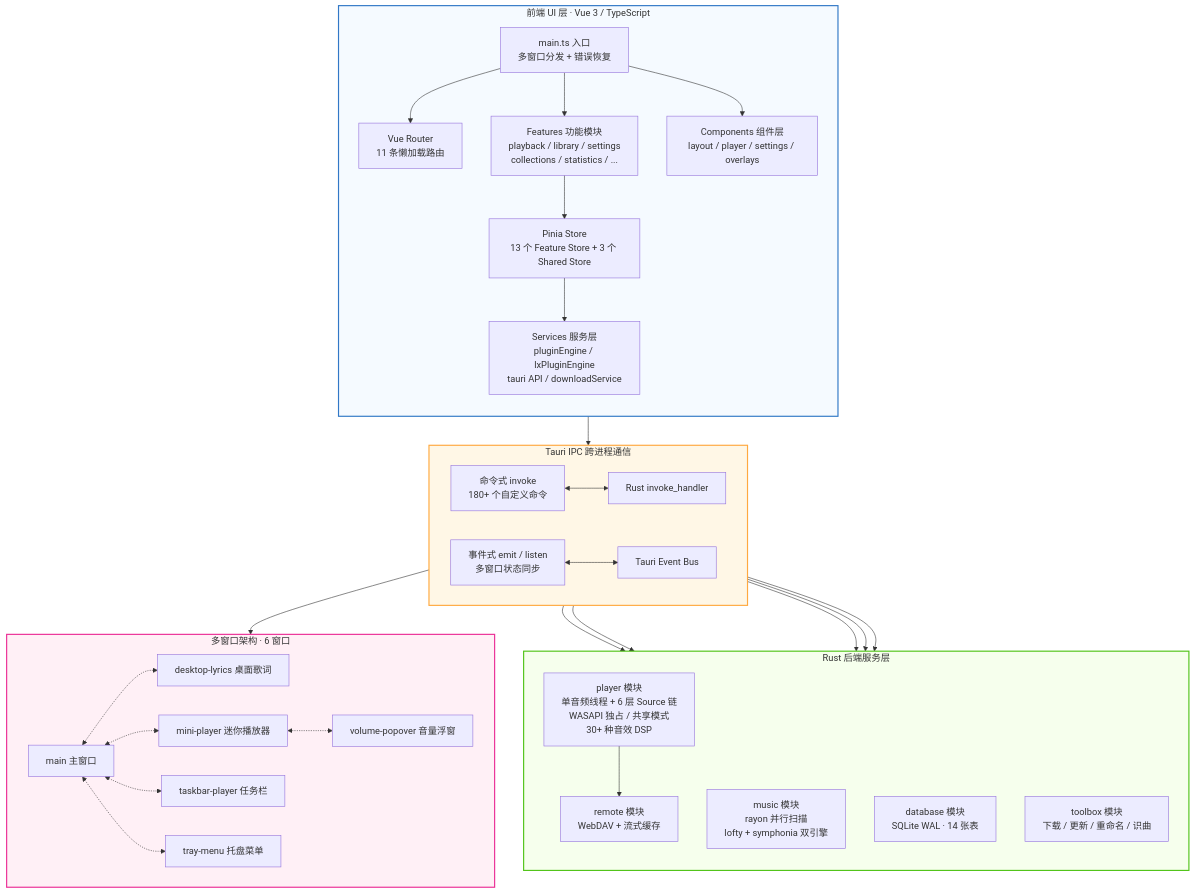
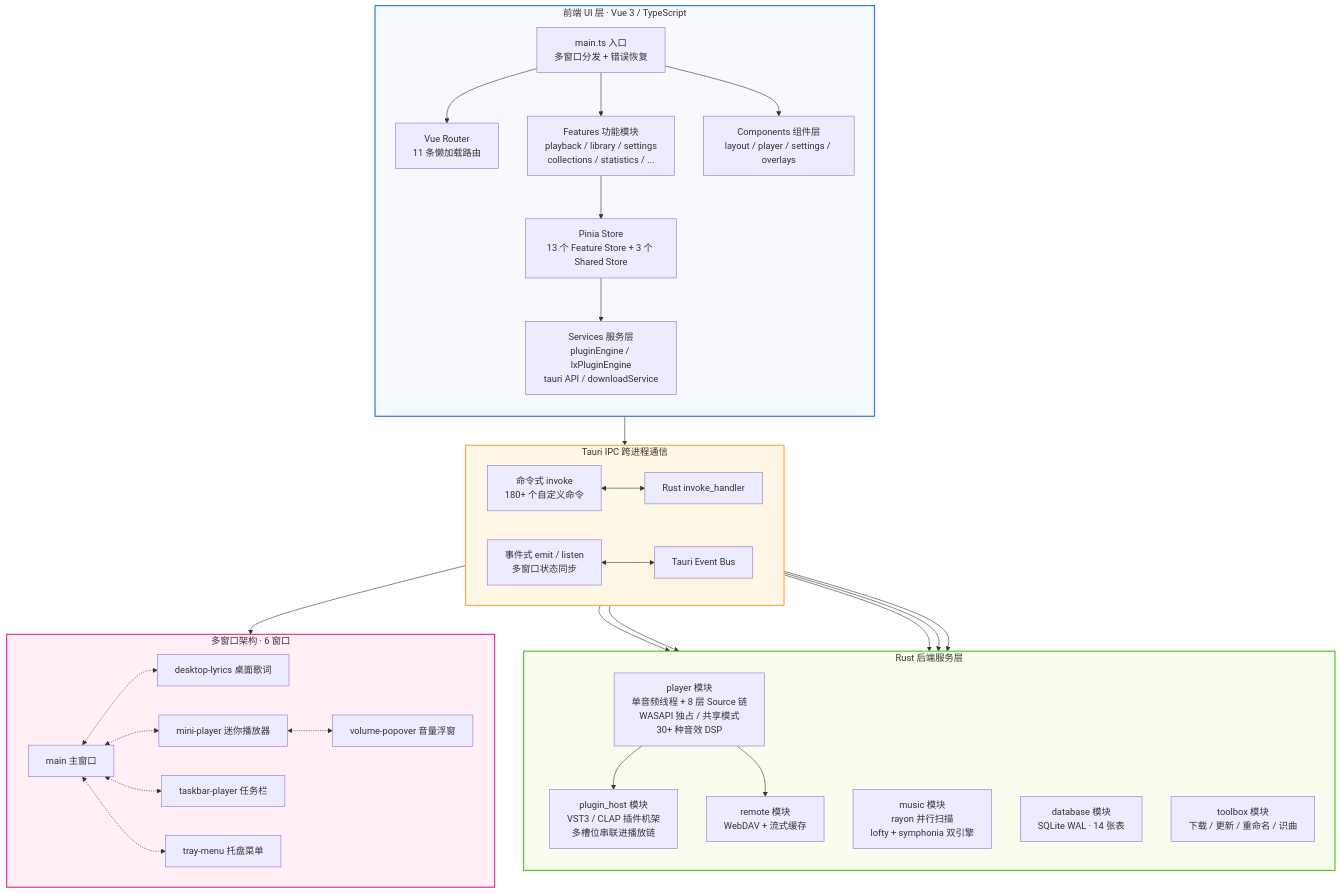
One commit to TaXiaoQi/XianYu-Music-Desktop changed the diagram in README.md. Above: the diagram before and after it, drawn with Mermaid. The commit also changed other lines of this file and 552 other files, not shown here.

````diff
--- a/README.md
+++ b/README.md
@@ -140,45 +99,47 @@
 ```mermaid
 graph TD
     subgraph Frontend [前端 UI 层 · Vue 3 / TypeScript]
         direction TB
         A[main.ts 入口<br/>多窗口分发 + 错误恢复] --> B[Vue Router<br/>11 条懒加载路由]
         A --> C[Features 功能模块<br/>playback / library / settings<br/>collections / statistics / ...]
         A --> D[Components 组件层<br/>layout / player / settings / overlays]
         C --> E[Pinia Store<br/>13 个 Feature Store + 3 个 Shared Store]
         E --> F[Services 服务层<br/>pluginEngine / lxPluginEngine<br/>tauri API / downloadService]
     end
 
     subgraph IPC [Tauri IPC 跨进程通信]
         direction LR
         G[命令式 invoke<br/>180+ 个自定义命令] <--> H[Rust invoke_handler]
         I[事件式 emit / listen<br/>多窗口状态同步] <--> J[Tauri Event Bus]
     end
 
     subgraph Backend [Rust 后端服务层]
         direction TB
-        K[player 模块<br/>单音频线程 + 6 层 Source 链<br/>WASAPI 独占 / 共享模式<br/>30+ 种音效 DSP]
+        K[player 模块<br/>单音频线程 + 8 层 Source 链<br/>WASAPI 独占 / 共享模式<br/>30+ 种音效 DSP]
         L[music 模块<br/>rayon 并行扫描<br/>lofty + symphonia 双引擎]
         M[database 模块<br/>SQLite WAL · 14 张表]
         N[remote 模块<br/>WebDAV + 流式缓存]
         O[toolbox 模块<br/>下载 / 更新 / 重命名 / 识曲]
+        V[plugin_host 模块<br/>VST3 / CLAP 插件机架<br/>多槽位串联进播放链]
         H --> K & L & M & N & O
+        K --> V
     end
 
     subgraph Windows [多窗口架构 · 6 窗口]
         direction LR
         P[main 主窗口] <-.-> Q[desktop-lyrics 桌面歌词]
         P <-.-> R[mini-player 迷你播放器]
         P <-.-> S[taskbar-player 任务栏]
         P <-.-> T[tray-menu 托盘菜单]
         R <-.-> U[volume-popover 音量浮窗]
     end
 
     F --> G
     I --> Windows
     K --> N
 
     style Frontend fill:#f5faff,stroke:#3178C6,stroke-width:2px;
     style IPC fill:#fff7e6,stroke:#ffa940,stroke-width:2px;
     style Backend fill:#f6ffed,stroke:#52c41a,stroke-width:2px;
     style Windows fill:#fff0f6,stroke:#eb2f96,stroke-width:2px;
 ```
````
